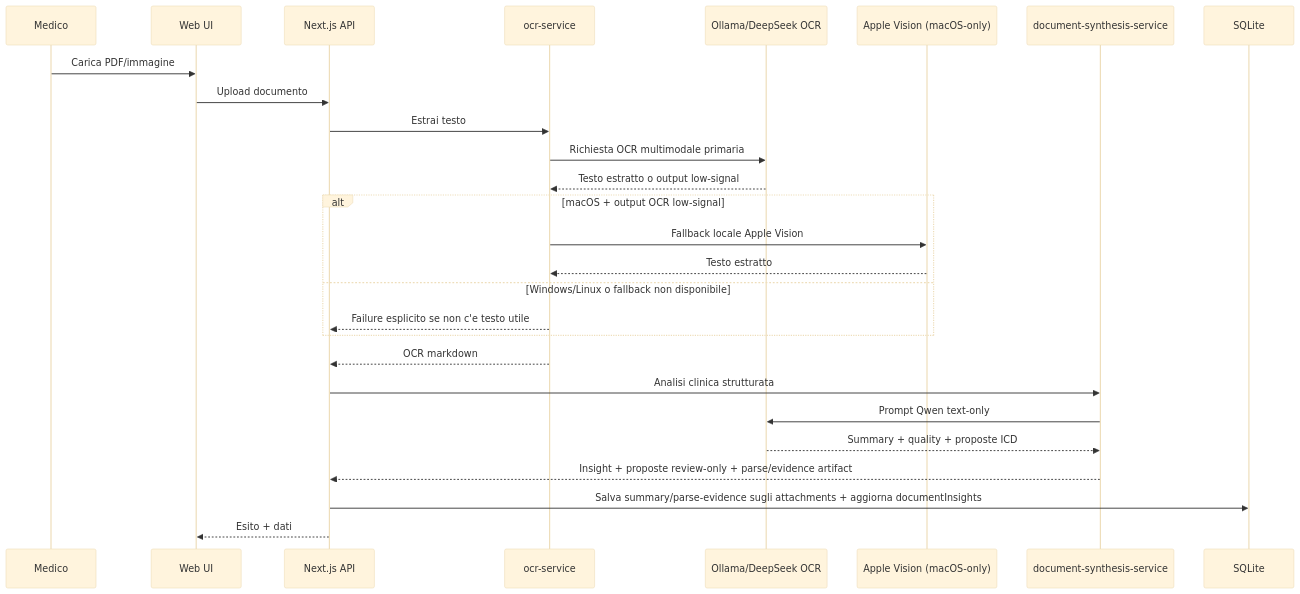
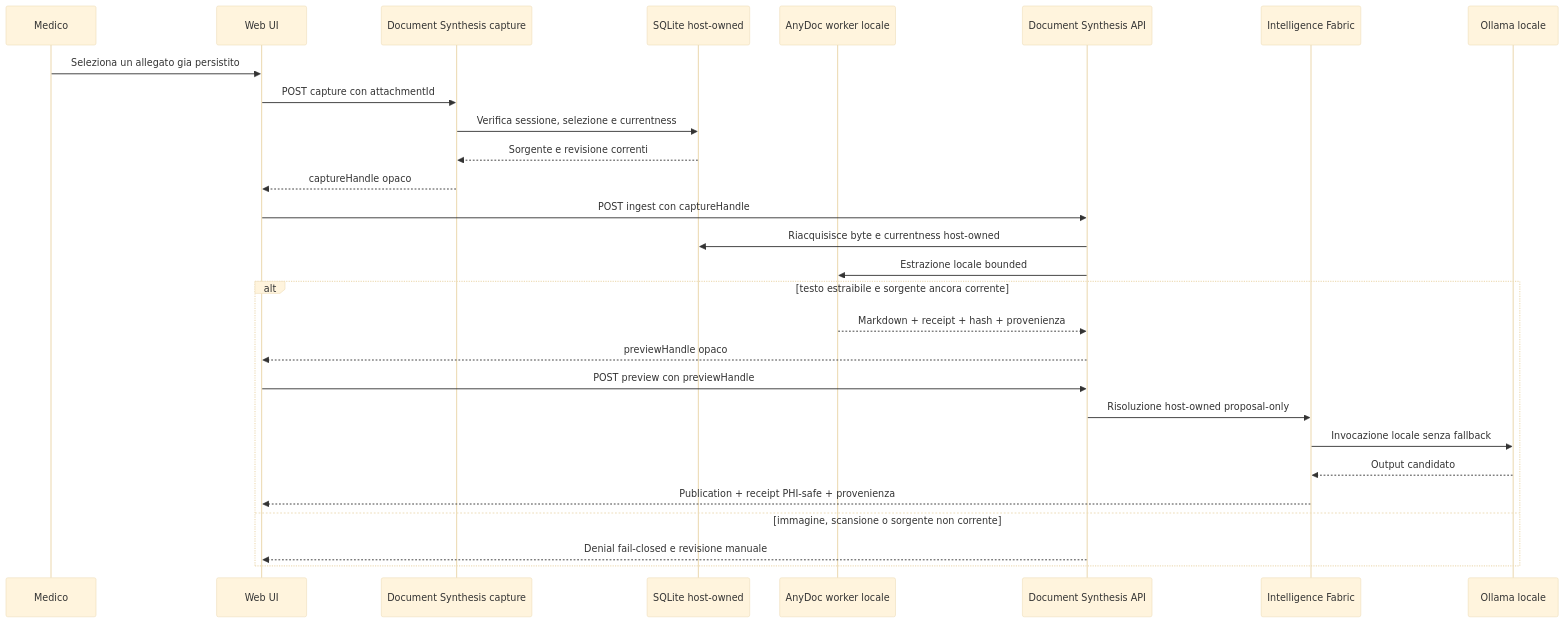
The seventh of 12 diagrams in docs/topologia-dati-flussi.md (Wulfgardr/mediflow), drawn with Mermaid (base theme) before and after one commit. The commit also changed other lines of this file and 5 other files, not shown here.

````diff
--- a/docs/topologia-dati-flussi.md
+++ b/docs/topologia-dati-flussi.md
@@ -287,29 +291,30 @@
 ```mermaid
 sequenceDiagram
     participant Clinician as Medico
     participant UI as Web UI
-    participant API as Next.js API
-    participant OCR as ocr-service
-    participant LLM as Ollama/DeepSeek OCR
-    participant Vision as Apple Vision (macOS-only)
-    participant Synth as document-synthesis-service
-    participant DB as SQLite
-    Clinician->>UI: Carica PDF/immagine
-    UI->>API: Upload documento
-    API->>OCR: Estrai testo
-    OCR->>LLM: Richiesta OCR multimodale primaria
-    LLM-->>OCR: Testo estratto o output low-signal
-    alt macOS + output OCR low-signal
-        OCR->>Vision: Fallback locale Apple Vision
-        Vision-->>OCR: Testo estratto
-    else Windows/Linux o fallback non disponibile
-        OCR-->>API: Failure esplicito se non c'e testo utile
+    participant Capture as Document Synthesis capture
+    participant DB as SQLite host-owned
+    participant AnyDoc as AnyDoc worker locale
+    participant DocAPI as Document Synthesis API
+    participant Fabric as Intelligence Fabric
+    participant Ollama as Ollama locale
+    Clinician->>UI: Seleziona un allegato gia persistito
+    UI->>Capture: POST capture con attachmentId
+    Capture->>DB: Verifica sessione, selezione e currentness
+    DB-->>Capture: Sorgente e revisione correnti
+    Capture-->>UI: captureHandle opaco
+    UI->>DocAPI: POST ingest con captureHandle
+    DocAPI->>DB: Riacquisisce byte e currentness host-owned
+    DocAPI->>AnyDoc: Estrazione locale bounded
+    alt testo estraibile e sorgente ancora corrente
+        AnyDoc-->>DocAPI: Markdown + receipt + hash + provenienza
+        DocAPI-->>UI: previewHandle opaco
+        UI->>DocAPI: POST preview con previewHandle
+        DocAPI->>Fabric: Risoluzione host-owned proposal-only
+        Fabric->>Ollama: Invocazione locale senza fallback
+        Ollama-->>Fabric: Output candidato
+        Fabric-->>UI: Publication + receipt PHI-safe + provenienza
+    else immagine, scansione o sorgente non corrente
+        DocAPI-->>UI: Denial fail-closed e revisione manuale
     end
-    OCR-->>API: OCR markdown
-    API->>Synth: Analisi clinica strutturata
-    Synth->>LLM: Prompt Qwen text-only
-    LLM-->>Synth: Summary + quality + proposte ICD
-    Synth-->>API: Insight + proposte review-only + parse/evidence artifact
-    API->>DB: Salva summary/parse-evidence sugli attachments + aggiorna documentInsights
-    API-->>UI: Esito + dati
 ```
````
